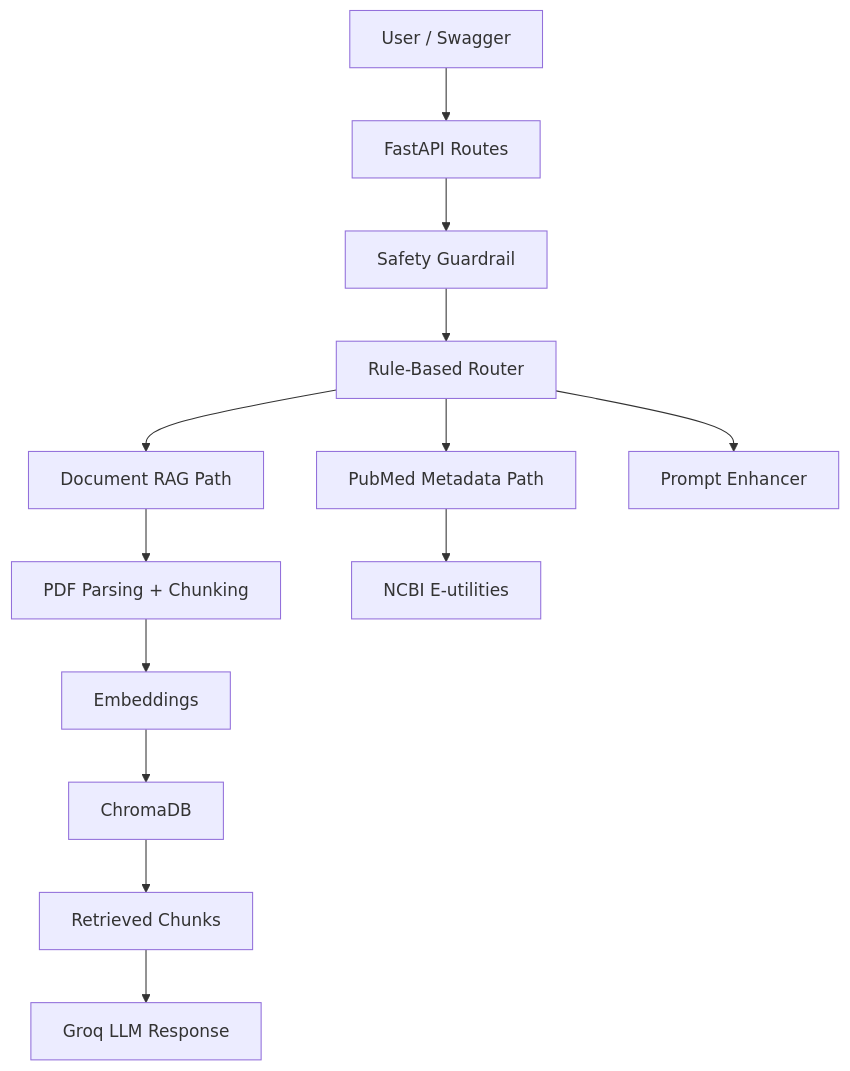
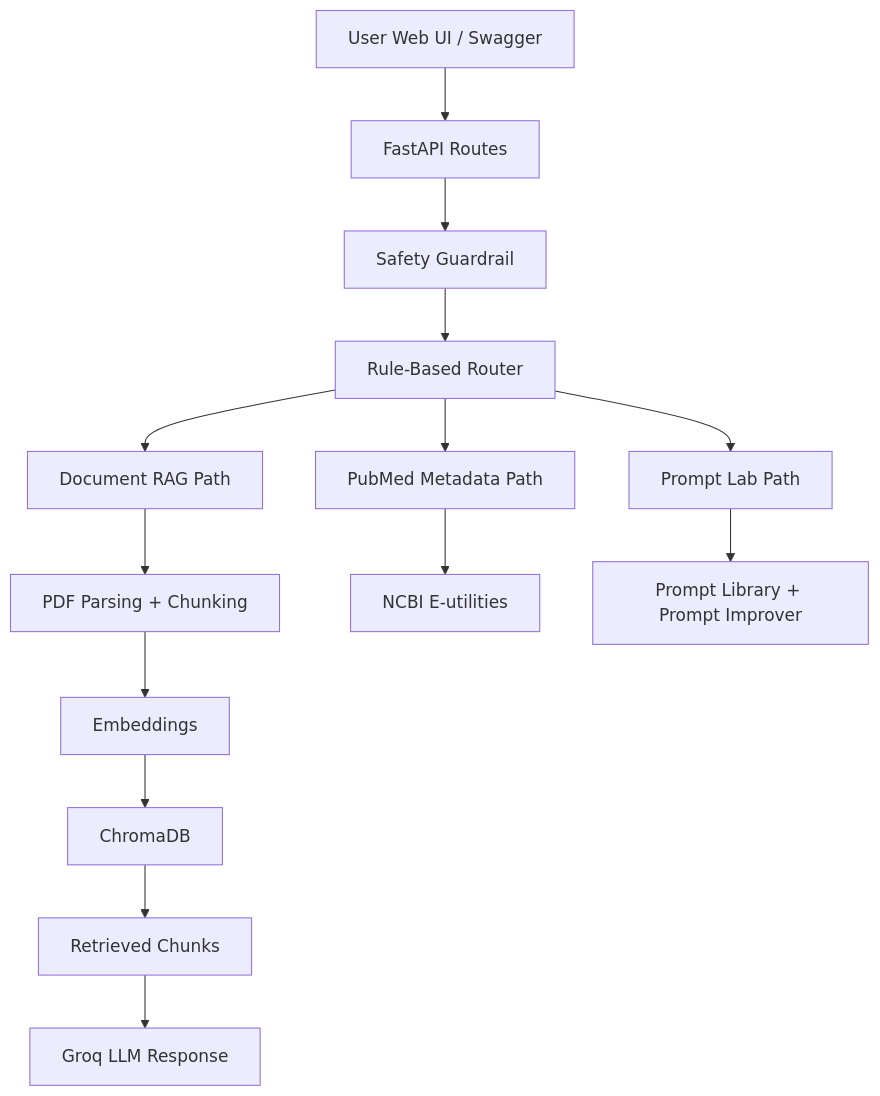
Before and after one commit to ahmedMnakbi/MedAgentic-RAG-Assistant: the diagram in README.md, drawn with Mermaid. The commit also changed other lines of this file and 17 other files, not shown here.

Commit message:
Add v1.1 web UI and prompt lab

````diff
--- a/README.md
+++ b/README.md
@@ -55,15 +52,16 @@
 ```mermaid
 flowchart TD
-    A["User / Swagger"] --> B["FastAPI Routes"]
+    A["User Web UI / Swagger"] --> B["FastAPI Routes"]
     B --> C["Safety Guardrail"]
     C --> D["Rule-Based Router"]
     D --> E["Document RAG Path"]
     D --> F["PubMed Metadata Path"]
-    D --> G["Prompt Enhancer"]
+    D --> G["Prompt Lab Path"]
     E --> H["PDF Parsing + Chunking"]
     H --> I["Embeddings"]
     I --> J["ChromaDB"]
     J --> K["Retrieved Chunks"]
     K --> L["Groq LLM Response"]
     F --> M["NCBI E-utilities"]
+    G --> N["Prompt Library + Prompt Improver"]
 ```
````
